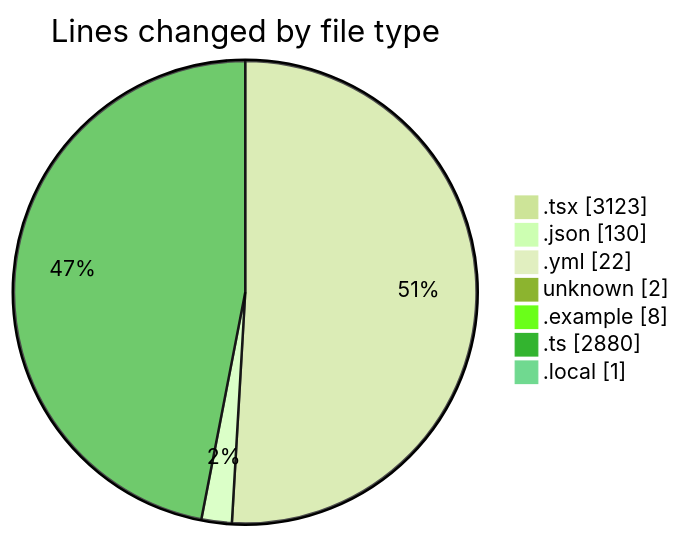
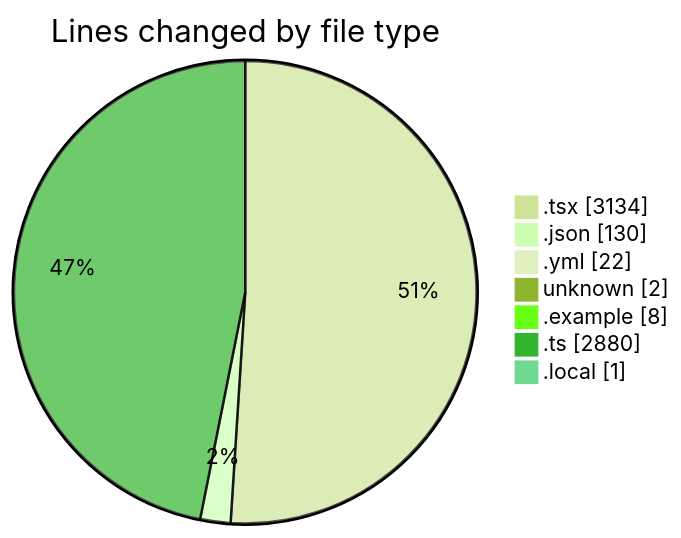
Before and after one commit to julien-gomy/code-tracking: the first of 2 diagrams in 2025-11-21/eventscop-frontend-guide__workspace_/README.md, drawn with Mermaid (forest theme). The commit also changed other lines of this file and 1 other file, not shown here.

````diff
--- a/2025-11-21/eventscop-frontend-guide__workspace_/README.md
+++ b/2025-11-21/eventscop-frontend-guide__workspace_/README.md
@@ -61,11 +61,11 @@
 ```mermaid
 pie showData
 title Lines changed by file type
-".tsx" : 3123
+".tsx" : 3134
 ".json" : 130
 ".yml" : 22
 "unknown" : 2
 ".example" : 8
 ".ts" : 2880
 ".local" : 1
 ```
````
